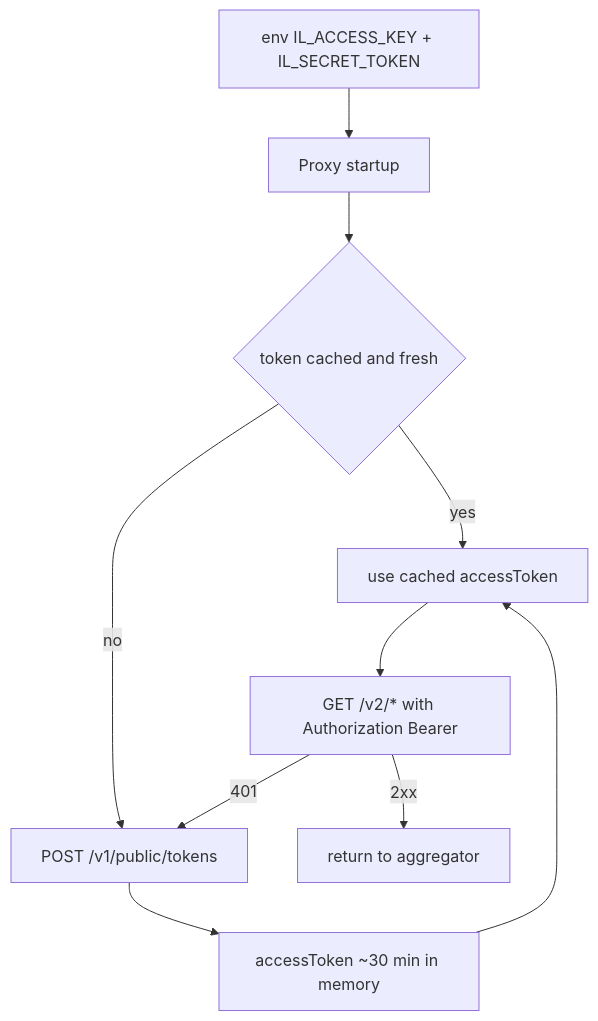
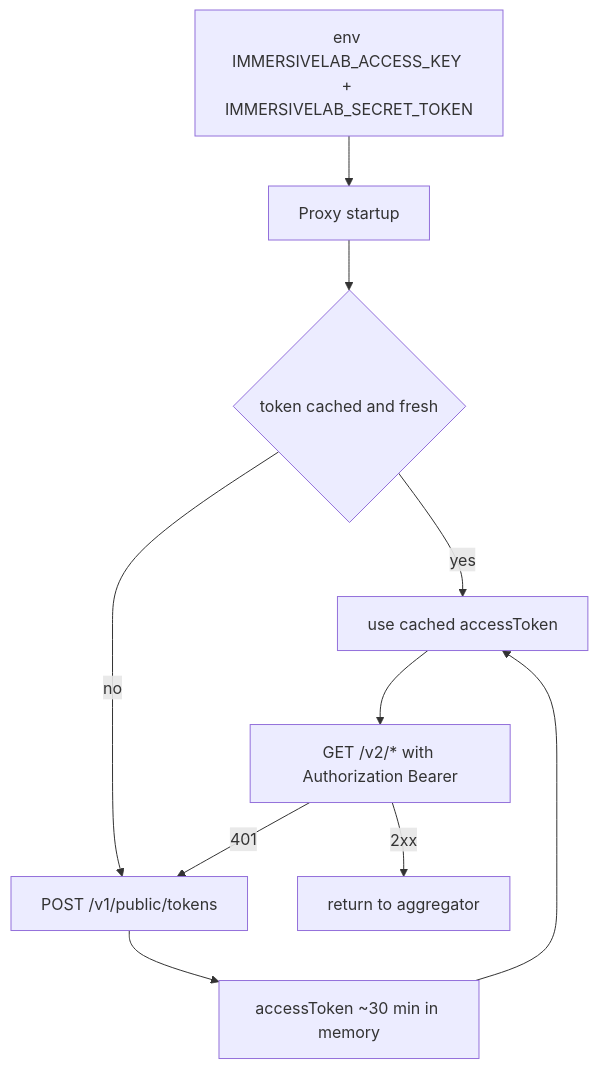
Before and after one commit to Arylmera/TheGreenGauntlet: the third of 3 diagrams in docs/data-flow.md, drawn with Mermaid. The commit also changed other lines of this file and 9 other files, not shown here.

````diff
--- a/docs/data-flow.md
+++ b/docs/data-flow.md
@@ -80,12 +80,12 @@
 ```mermaid
 flowchart TD
-    ENV["env IL_ACCESS_KEY + IL_SECRET_TOKEN"] --> PX[Proxy startup]
+    ENV["env IMMERSIVELAB_ACCESS_KEY + IMMERSIVELAB_SECRET_TOKEN"] --> PX[Proxy startup]
     PX --> CHK{token cached and fresh}
     CHK -->|yes| USE["use cached accessToken"]
     CHK -->|no| EX["POST /v1/public/tokens"]
     EX --> TK["accessToken ~30 min in memory"]
     TK --> USE
     USE --> CALL["GET /v2/* with Authorization Bearer"]
     CALL -->|"401"| EX
     CALL -->|"2xx"| OUT["return to aggregator"]
 ```
````
